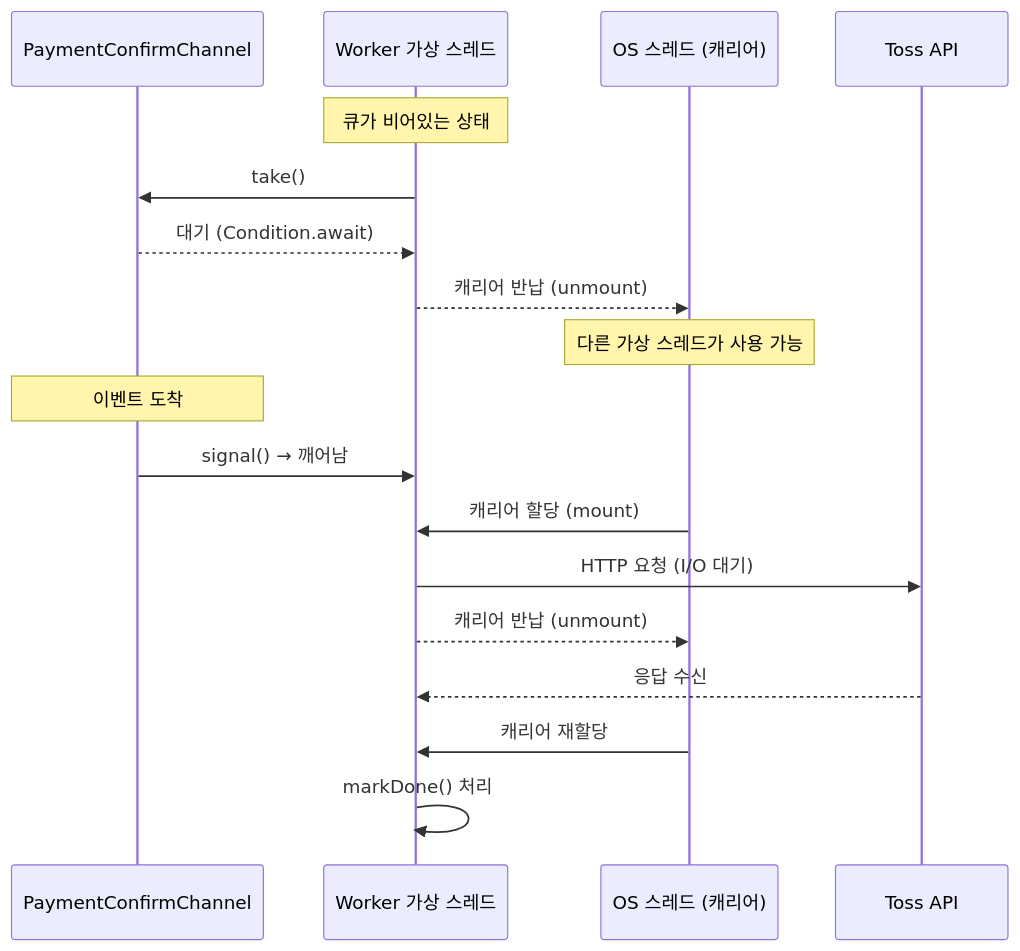
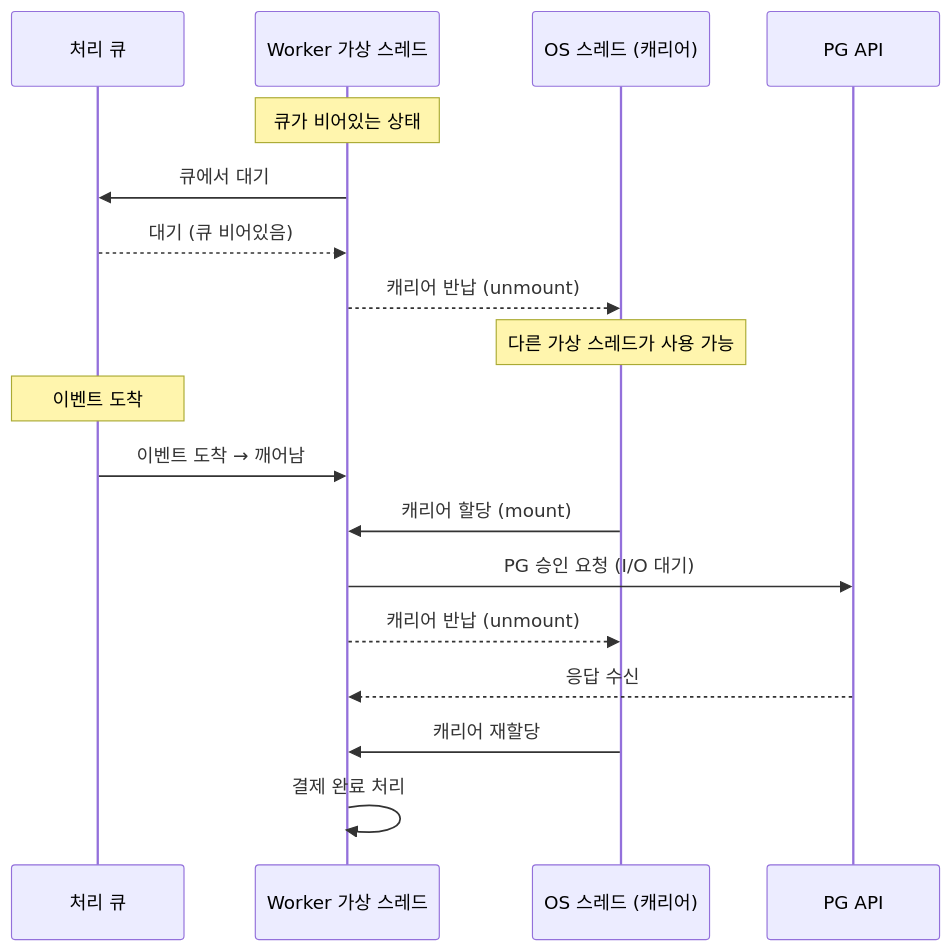
The seventh of 8 diagrams in src/content/docs/blog/async-payment-flow.md (hyoguoo/hyoguoo.github.io), drawn with Mermaid before and after one commit. The commit also changed other lines of this file and 1 other file, not shown here.

````diff
--- a/src/content/docs/blog/async-payment-flow.md
+++ b/src/content/docs/blog/async-payment-flow.md
@@ -502,20 +505,20 @@
 ```mermaid
 sequenceDiagram
-    participant Queue as PaymentConfirmChannel
+    participant Queue as 처리 큐
     participant VT as Worker 가상 스레드
     participant OS as OS 스레드 (캐리어)
-    participant Toss as Toss API
+    participant PG as PG API
     Note over VT: 큐가 비어있는 상태
-    VT ->> Queue: take()
-    Queue -->> VT: 대기 (Condition.await)
+    VT ->> Queue: 큐에서 대기
+    Queue -->> VT: 대기 (큐 비어있음)
     VT -->> OS: 캐리어 반납 (unmount)
     Note over OS: 다른 가상 스레드가 사용 가능
     Note over Queue: 이벤트 도착
-    Queue ->> VT: signal() → 깨어남
+    Queue ->> VT: 이벤트 도착 → 깨어남
     OS ->> VT: 캐리어 할당 (mount)
-    VT ->> Toss: HTTP 요청 (I/O 대기)
+    VT ->> PG: PG 승인 요청 (I/O 대기)
     VT -->> OS: 캐리어 반납 (unmount)
-    Toss -->> VT: 응답 수신
+    PG -->> VT: 응답 수신
     OS ->> VT: 캐리어 재할당
-    VT ->> VT: markDone() 처리
+    VT ->> VT: 결제 완료 처리
 ```
````
